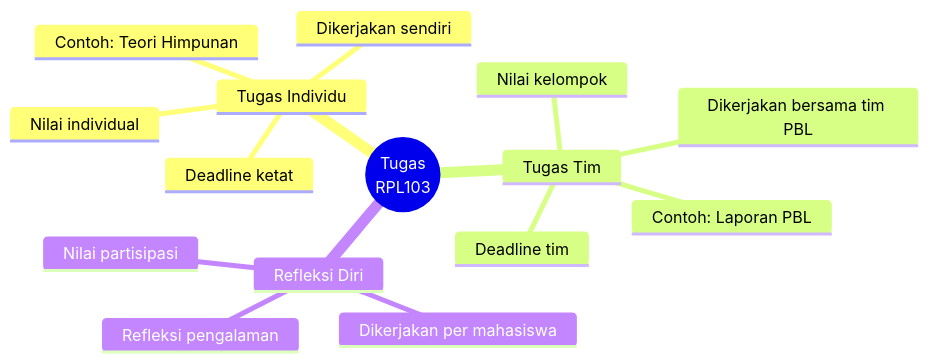
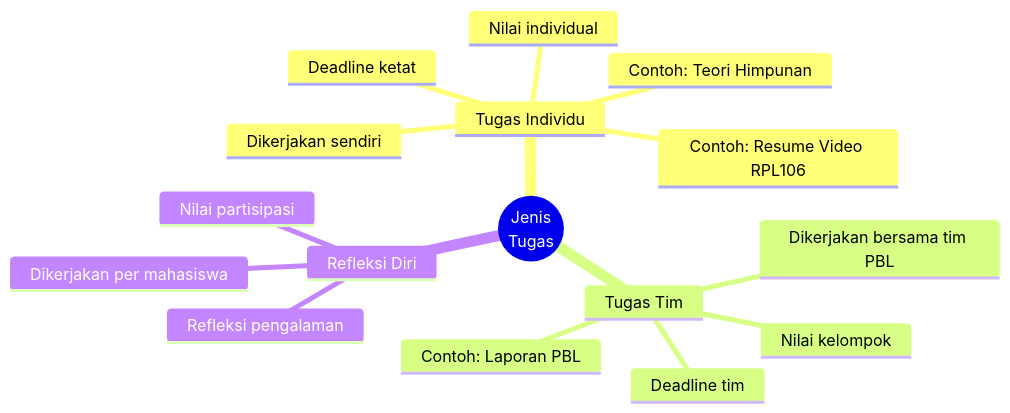
The third of 4 diagrams in docs/v1/task/index.md (mroczect/lectures), drawn with Mermaid before and after one commit. The commit also changed other lines of this file and 2 other files, not shown here.

````diff
--- a/docs/v1/task/index.md
+++ b/docs/v1/task/index.md
@@ -167,18 +181,19 @@
 ```mermaid
 mindmap
-  root((Tugas<br/>RPL103))
+  root((Jenis<br/>Tugas))
     Tugas Individu
       Dikerjakan sendiri
       Deadline ketat
       Nilai individual
       Contoh: Teori Himpunan
+      Contoh: Resume Video RPL106
     Tugas Tim
       Dikerjakan bersama tim PBL
       Deadline tim
       Nilai kelompok
       Contoh: Laporan PBL
     Refleksi Diri
       Dikerjakan per mahasiswa
       Refleksi pengalaman
       Nilai partisipasi
 ```
````
